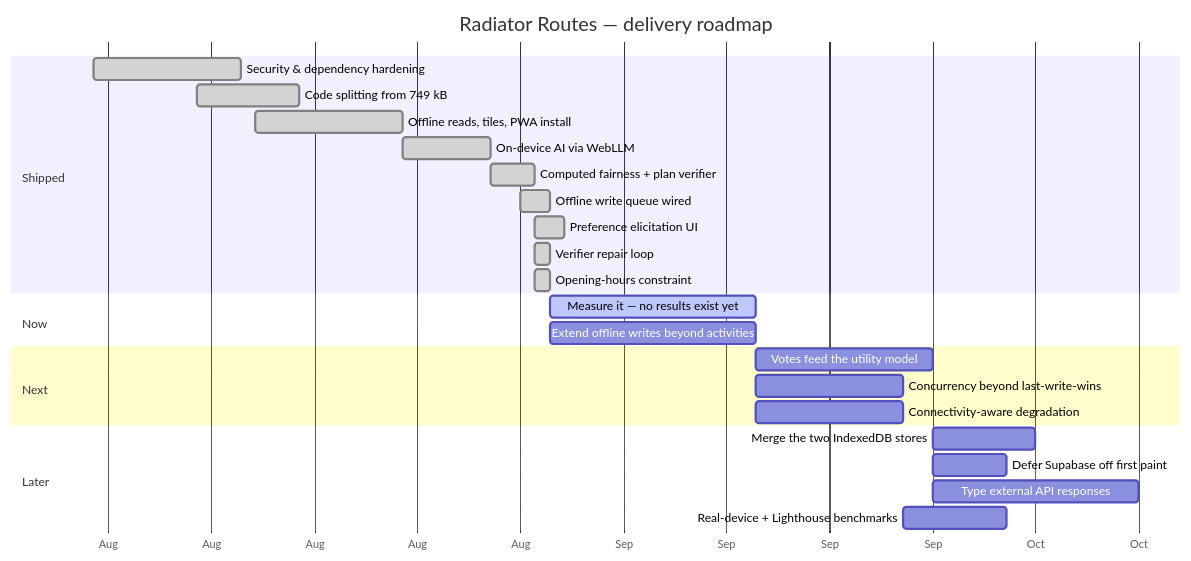
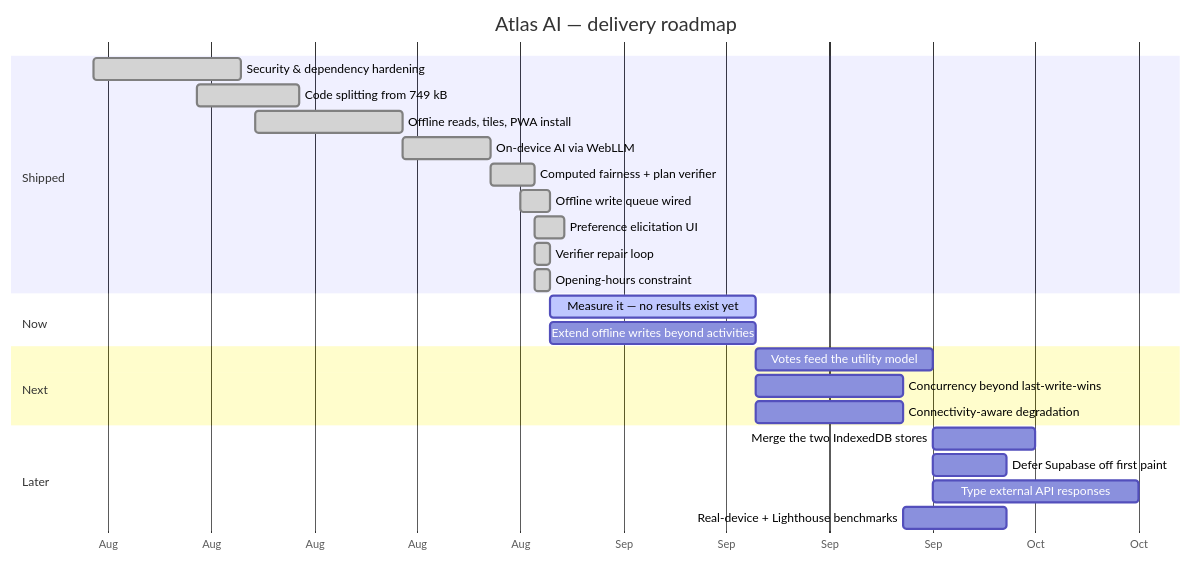
The second of 2 diagrams in README.md (HarshTambade/Radiator-Routes), drawn with Mermaid before and after one commit. The commit also changed other lines of this file and 33 other files, not shown here.

````diff
--- a/README.md
+++ b/README.md
@@ -869,28 +869,28 @@
 ```mermaid
 gantt
-    title Radiator Routes — delivery roadmap
+    title Atlas AI — delivery roadmap
     dateFormat YYYY-MM-DD
     axisFormat %b
     section Shipped
     Security & dependency hardening      :done, s1, 2026-08-01, 10d
     Code splitting from 749 kB           :done, s2, 2026-08-08, 7d
     Offline reads, tiles, PWA install    :done, s3, 2026-08-12, 10d
     On-device AI via WebLLM              :done, s4, 2026-08-22, 6d
     Computed fairness + plan verifier    :done, s5, 2026-08-28, 3d
     Offline write queue wired            :done, s6, 2026-08-30, 2d
     Preference elicitation UI            :done, s7, 2026-08-31, 2d
     Verifier repair loop                 :done, s8, 2026-08-31, 1d
     Opening-hours constraint             :done, s9, 2026-08-31, 1d
     section Now
     Measure it — no results exist yet    :active, n1, 2026-09-01, 14d
     Extend offline writes beyond activities :n2, 2026-09-01, 14d
     section Next
     Votes feed the utility model         :x1, after n2, 12d
     Concurrency beyond last-write-wins   :x2, after n2, 10d
     Connectivity-aware degradation       :x3, after n1, 10d
     section Later
     Merge the two IndexedDB stores       :l1, after x1, 7d
     Defer Supabase off first paint       :l2, after x1, 5d
     Type external API responses          :l3, after x1, 14d
     Real-device + Lighthouse benchmarks  :l4, after x3, 7d
 ```
````
